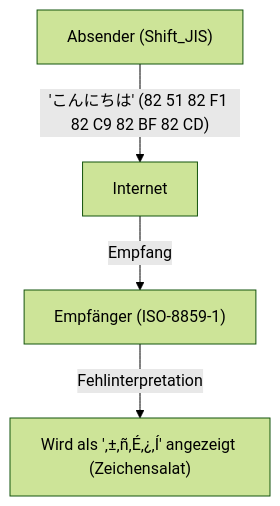
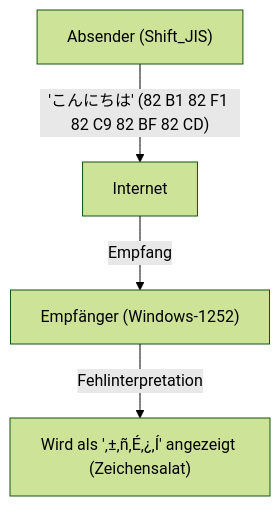
One commit to kenjinote/blog changed the first of 2 diagrams in content/post/history-of-unicode-encoding/index.de.md. Above: the diagram before and after it, drawn with Mermaid (forest theme). The commit also changed other lines of this file and 21 other files, not shown here.

````diff
--- a/content/post/history-of-unicode-encoding/index.de.md
+++ b/content/post/history-of-unicode-encoding/index.de.md
@@ -34,6 +35,6 @@
 ```mermaid
 graph TD
-    A["Absender (Shift_JIS)"] -- "'こんにちは' (82 51 82 F1 82 C9 82 BF 82 CD)" --> B["Internet"]
-    B -- "Empfang" --> C["Empfänger (ISO-8859-1)"]
+    A["Absender (Shift_JIS)"] -- "'こんにちは' (82 B1 82 F1 82 C9 82 BF 82 CD)" --> B["Internet"]
+    B -- "Empfang" --> C["Empfänger (Windows-1252)"]
     C -- "Fehlinterpretation" --> D["Wird als '‚±‚ñ‚É‚¿‚Í' angezeigt (Zeichensalat)"]
 ```
````
